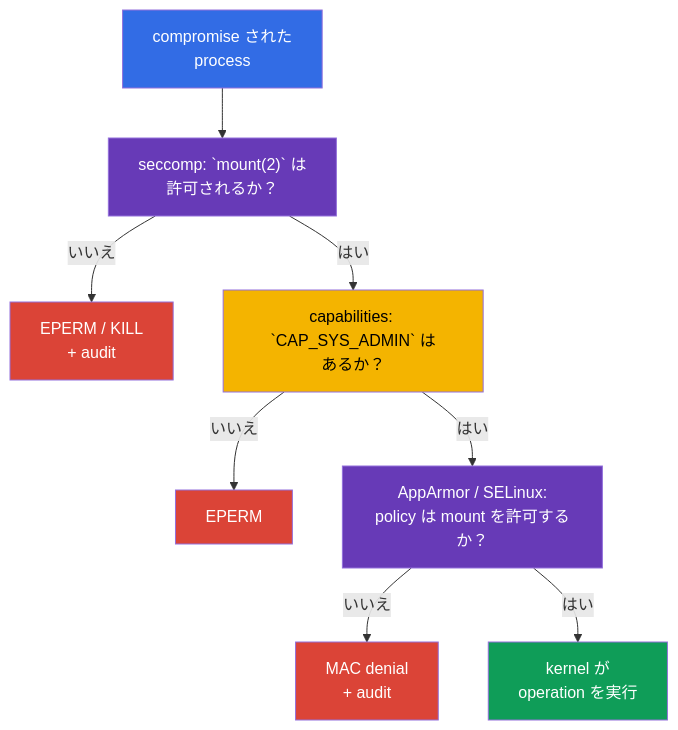
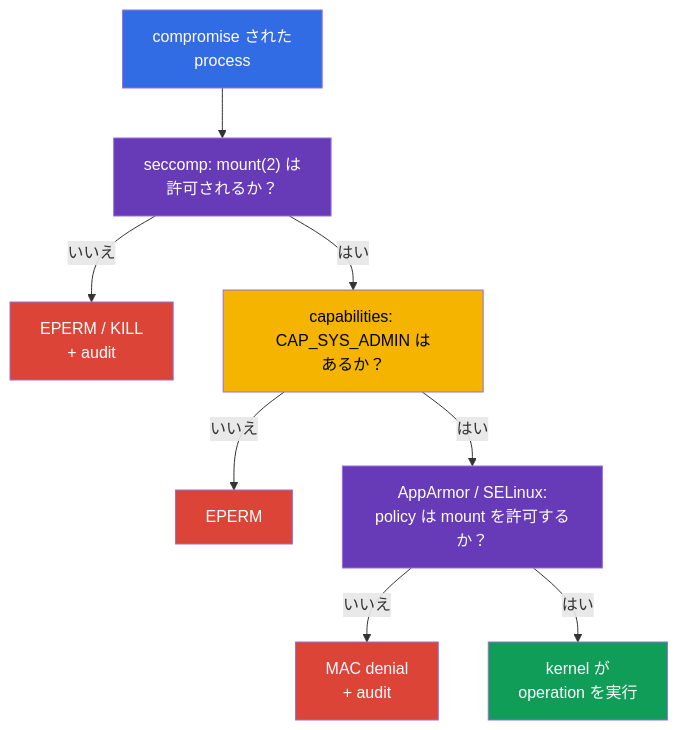
One commit to ViktorUJ/cks changed the second of 2 diagrams in tasks/cks/course/17/jp.md. Above: the diagram before and after it, drawn with Mermaid. The commit also changed other lines of this file and 280 other files, not shown here.

````diff
--- a/tasks/cks/course/17/jp.md
+++ b/tasks/cks/course/17/jp.md
@@ -484,18 +484,18 @@
 ```mermaid
 flowchart TB
-    app["compromise された<br/>process"] --> seccomp["seccomp: `mount(2)` は<br/>許可されるか？"]
+    app["compromise された<br/>process"] --> seccomp["seccomp: mount(2) は<br/>許可されるか？"]
     seccomp -->|"いいえ"| denied1["EPERM / KILL<br/>+ audit"]
-    seccomp -->|"はい"| cap["capabilities: `CAP_SYS_ADMIN` は<br/>あるか？"]
+    seccomp -->|"はい"| cap["capabilities: CAP_SYS_ADMIN は<br/>あるか？"]
     cap -->|"いいえ"| denied2["EPERM"]
     cap -->|"はい"| mac["AppArmor / SELinux:<br/>policy は mount を許可するか？"]
     mac -->|"いいえ"| denied3["MAC denial<br/>+ audit"]
     mac -->|"はい"| kernel["kernel が<br/>operation を実行"]
     style app fill:#326ce5,color:#fff
     style seccomp fill:#673ab7,color:#fff
     style cap fill:#f4b400,color:#000
     style mac fill:#673ab7,color:#fff
     style denied1 fill:#db4437,color:#fff
     style denied2 fill:#db4437,color:#fff
     style denied3 fill:#db4437,color:#fff
     style kernel fill:#0f9d58,color:#fff
 ```
````
